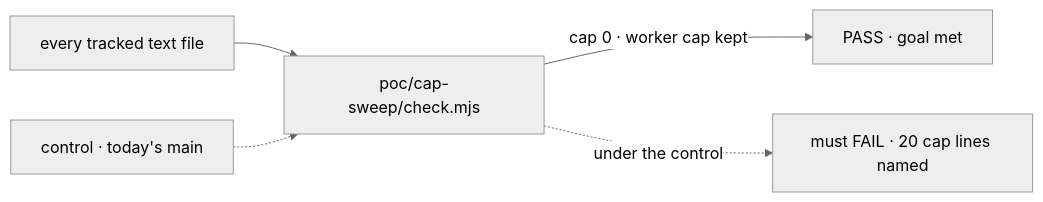
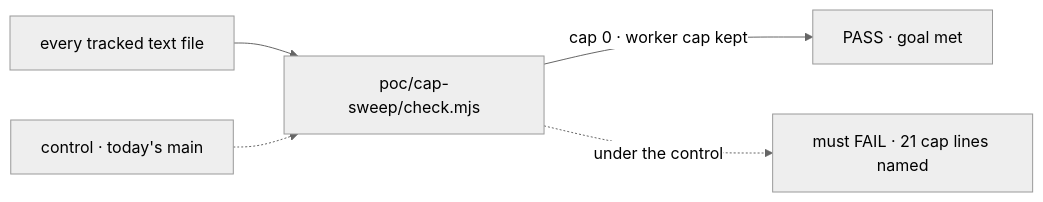
One commit to fixpoint-labs/flow-state-dev changed the diagram in specs/issues/FIX-2591/SPEC.md. Above: the diagram before and after it, drawn with Mermaid (neutral theme). The commit also changed other lines of this file and 2 other files, not shown here.

First line of the commit message:
spec(FIX-2591): add the 4dx chain diagram's 2-epics node; sweep matches digits in markup

````diff
--- a/specs/issues/FIX-2591/SPEC.md
+++ b/specs/issues/FIX-2591/SPEC.md
@@ -30,7 +30,7 @@
 ```mermaid
 flowchart LR
   T["every tracked text file"] --> S["poc/cap-sweep/check.mjs"]
   S -->|"cap 0 · worker cap kept"| P["PASS · goal met"]
   M["control · today's main"] -.-> S
-  S -.->|"under the control"| F["must FAIL · 20 cap lines named"]
+  S -.->|"under the control"| F["must FAIL · 21 cap lines named"]
 ```
````
